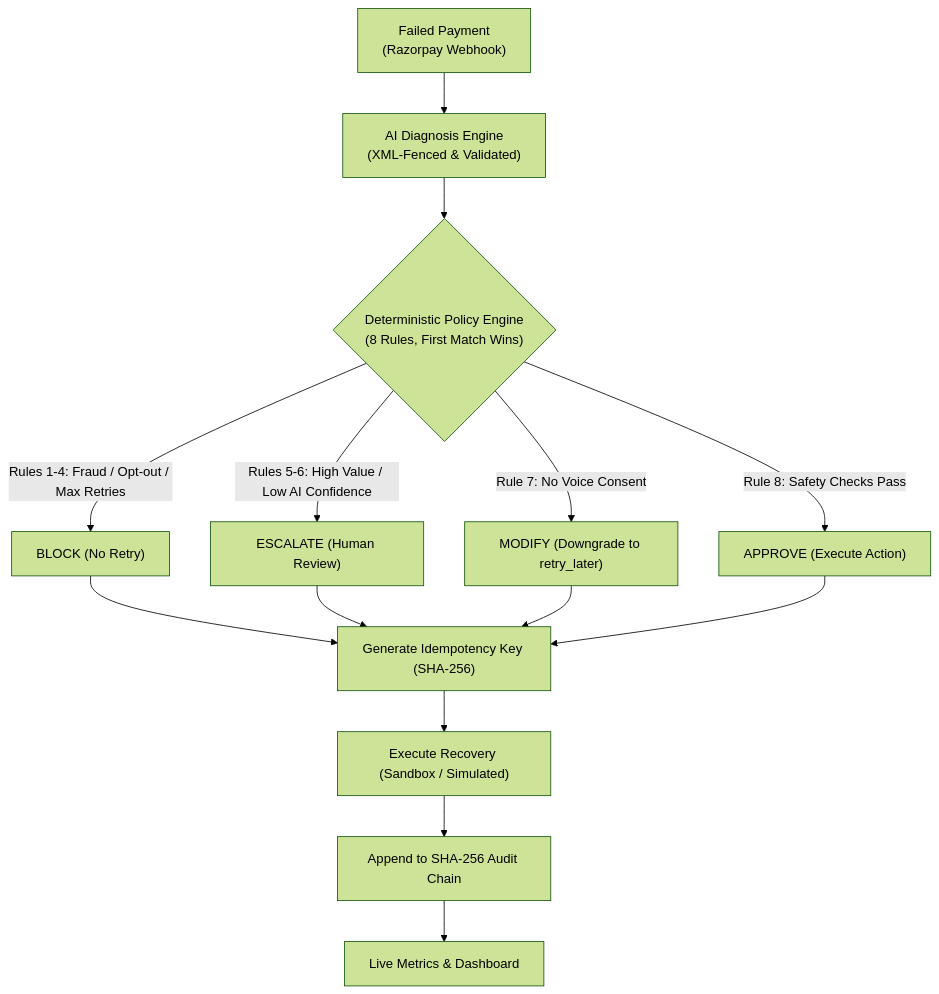
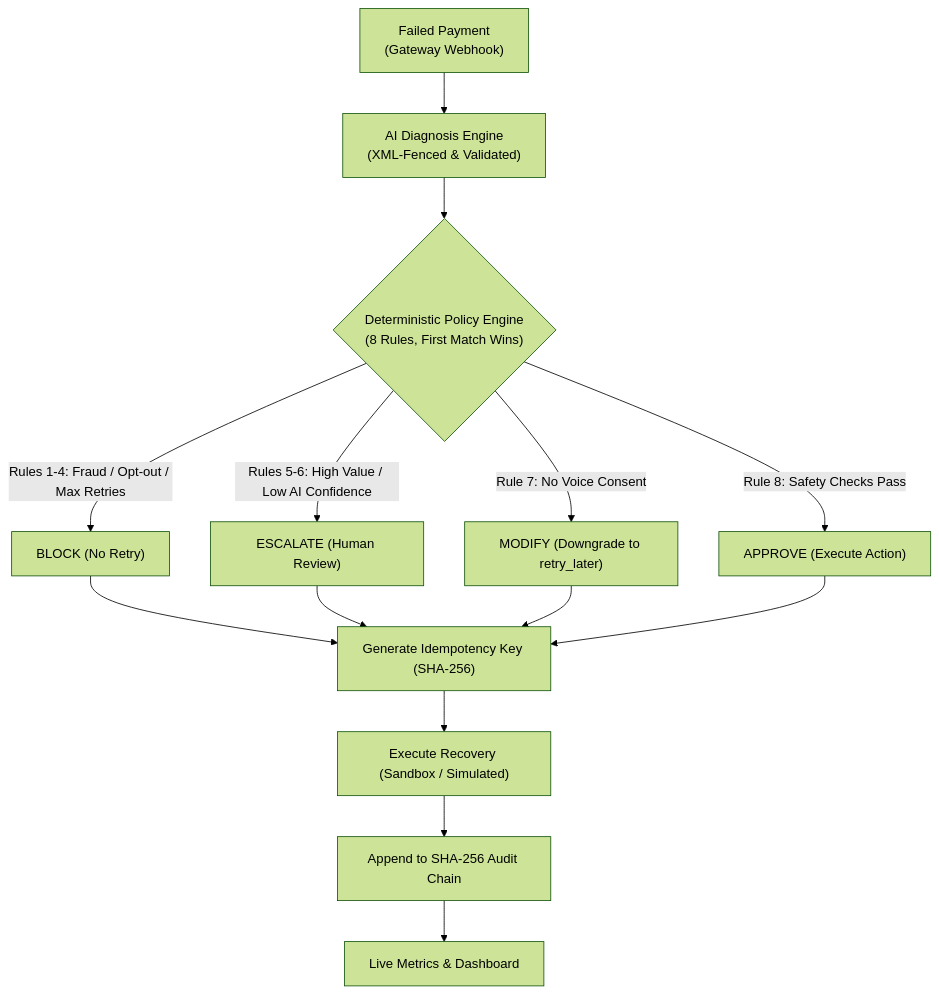
One commit to anishahuja1/RecoverIQ-policy-gated-recovery-agent changed the diagram in README.md. Above: the diagram before and after it, drawn with Mermaid (forest theme). The commit also changed other lines of this file and 2 other files, not shown here.

````diff
--- a/README.md
+++ b/README.md
@@ -46,19 +46,19 @@
 ```mermaid
 graph TD
-    A["Failed Payment<br/>(Razorpay Webhook)"] --> B["AI Diagnosis Engine<br/>(XML-Fenced & Validated)"]
+    A["Failed Payment<br/>(Gateway Webhook)"] --> B["AI Diagnosis Engine<br/>(XML-Fenced & Validated)"]
     B --> C{"Deterministic Policy Engine<br/>(8 Rules, First Match Wins)"}
     
     C -->|"Rules 1-4: Fraud / Opt-out / Max Retries"| D["BLOCK (No Retry)"]
     C -->|"Rules 5-6: High Value / Low AI Confidence"| E["ESCALATE (Human Review)"]
     C -->|"Rule 7: No Voice Consent"| F["MODIFY (Downgrade to retry_later)"]
     C -->|"Rule 8: Safety Checks Pass"| G["APPROVE (Execute Action)"]
     
     D --> H["Generate Idempotency Key (SHA-256)"]
     E --> H
     F --> H
     G --> H
     
     H --> I["Execute Recovery (Sandbox / Simulated)"]
     I --> J["Append to SHA-256 Audit Chain"]
     J --> K["Live Metrics & Dashboard"]
 ```
````
